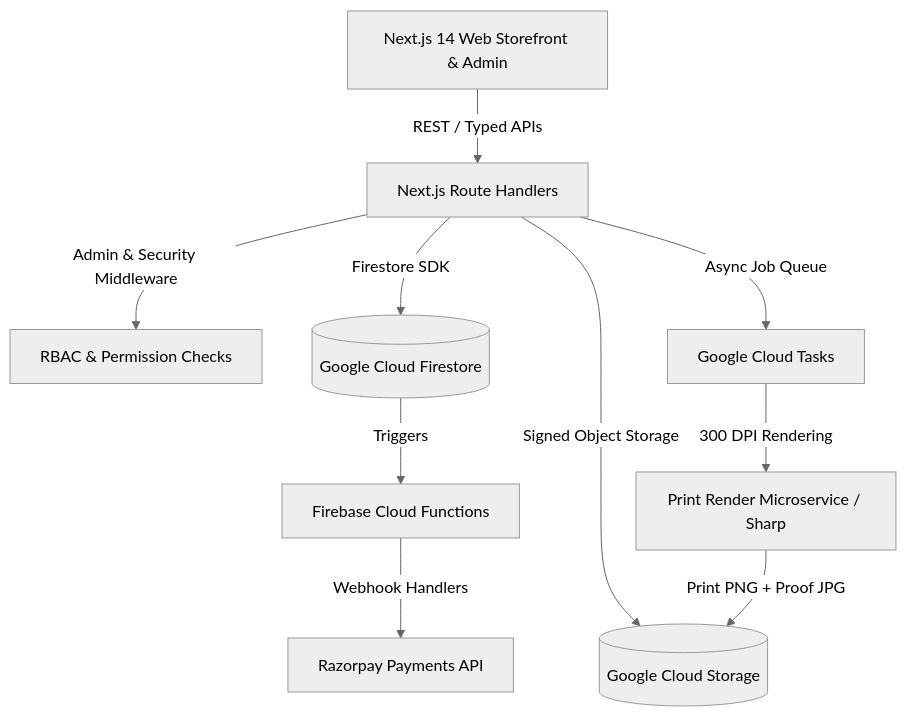
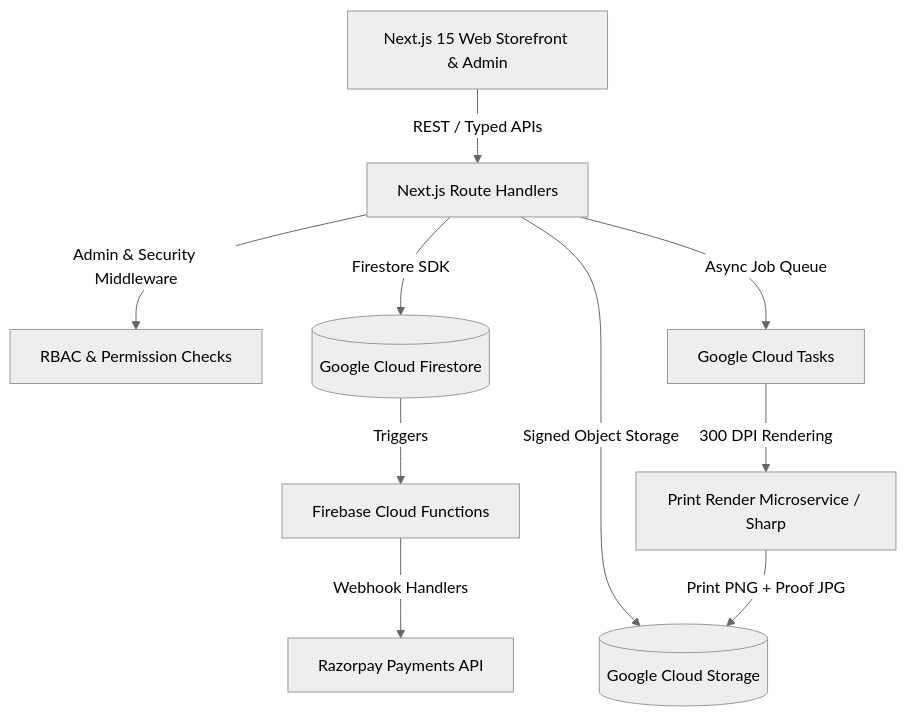
The first of 4 diagrams in docs/PRODUCTION_READINESS_AND_TEMPLATE_SPEC.md (karthysgallery/Bro-pics), drawn with Mermaid (neutral theme) before and after one commit. The commit also changed other lines of this file and 165 other files, not shown here.

Commit message:
feat: initialize web application structure with e-commerce features, admin panel, and documentation

````diff
--- a/docs/PRODUCTION_READINESS_AND_TEMPLATE_SPEC.md
+++ b/docs/PRODUCTION_READINESS_AND_TEMPLATE_SPEC.md
@@ -43,12 +43,12 @@
 ```mermaid
 graph TD
-    Client[Next.js 14 Web Storefront & Admin] -->|REST / Typed APIs| NextAPI[Next.js Route Handlers]
+    Client[Next.js 15 Web Storefront & Admin] -->|REST / Typed APIs| NextAPI[Next.js Route Handlers]
     NextAPI -->|Admin & Security Middleware| Permissions[RBAC & Permission Checks]
     NextAPI -->|Firestore SDK| DB[(Google Cloud Firestore)]
     NextAPI -->|Signed Object Storage| GCS[(Google Cloud Storage)]
     NextAPI -->|Async Job Queue| Tasks[Google Cloud Tasks]
     Tasks -->|300 DPI Rendering| Worker[Print Render Microservice / Sharp]
     Worker -->|Print PNG + Proof JPG| GCS
     DB -->|Triggers| Functions[Firebase Cloud Functions]
     Functions -->|Webhook Handlers| Razorpay[Razorpay Payments API]
 ```
````
